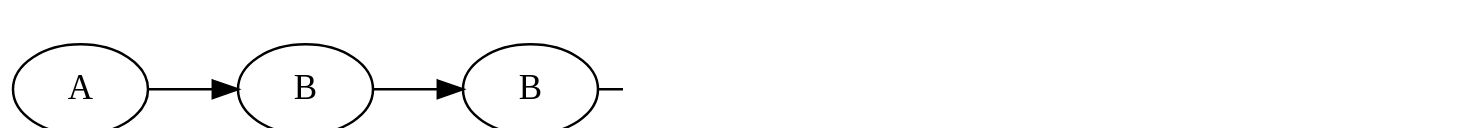
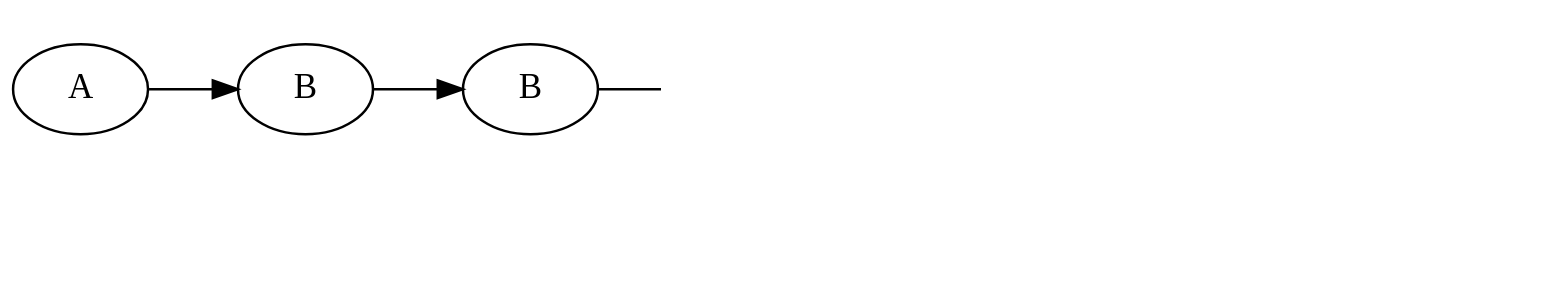
Before and after one commit to inponomarev/kstreams-testing-pitfalls: the ninth of 17 diagrams in slides/src/main/asciidoc/lecture.adoc, drawn with Graphviz. The commit also changed other lines of this file and 3 other files, not shown here.

```diff
--- a/slides/src/main/asciidoc/lecture.adoc
+++ b/slides/src/main/asciidoc/lecture.adoc
@@ -461,24 +469,32 @@
 [graphviz,"cache1.png"]
 ----
 digraph G {
 graph [ dpi = 180 ];
 rankdir="LR";
 A1[label="A"];
 B1[label="B"];
 A2[label="A"];
 B2[label="B"];
 
 A1 -> B1 -> B2 -> A2 ;
 
 A2->Reduce;
 
 Reduce[shape=box,label="reduce \n (l, r) → <STOP>"]
 
 Reduce -> Cache
 
 Cache[shape=box,label=<<table cellspacing="5" cellborder="0"  border="0">
         <tr><td colspan="2">Cache</td></tr>
         <tr><td> </td>
         <td> </td></tr></table>>]
+        
+Store[shape=cylinder,label=<<table cellspacing="5" cellborder="0"  border="0">
+        <tr><td colspan="2">Local Store</td></tr>
+        <tr><td> </td><td> </td></tr>
+        </table>>];
+        
+Cache -> Store;
+{rank = same; Store; Cache; }
 }
 ----
```
